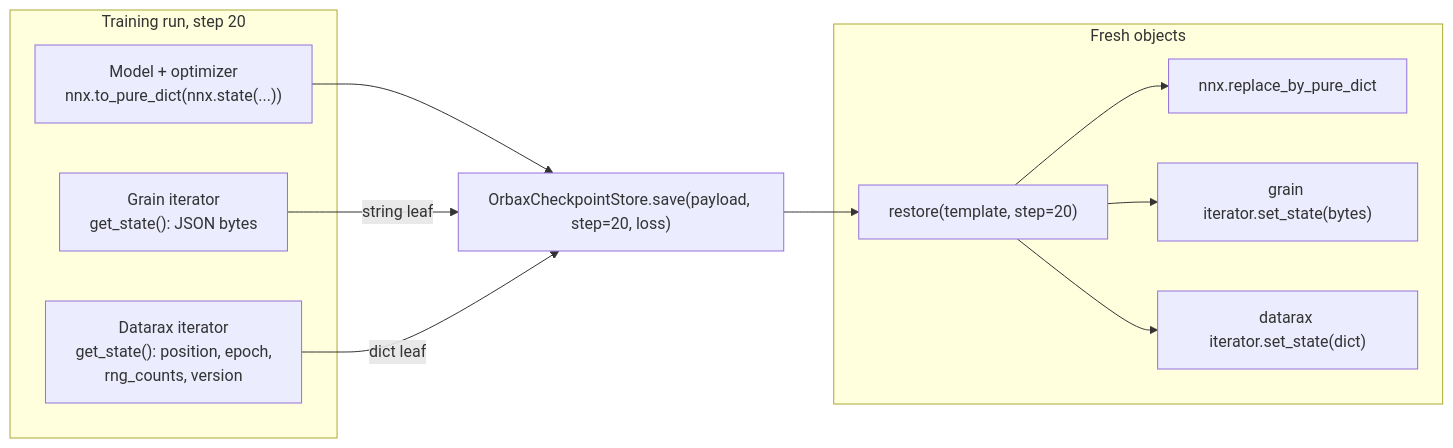
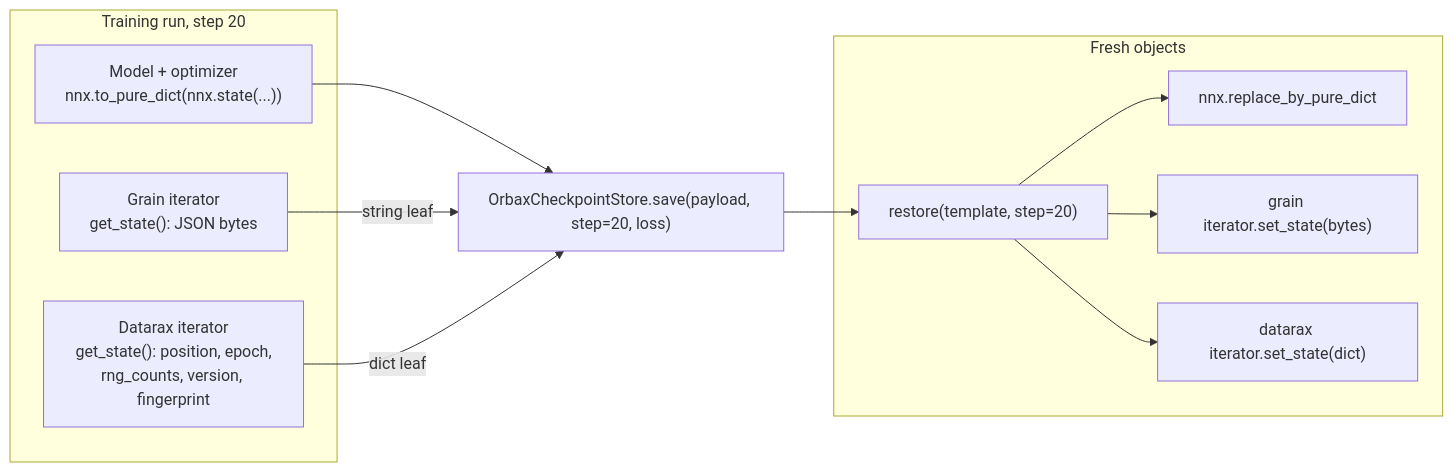
The diagram in docs/examples/comparison/resumed-training-guide.md (avitai/datarax), drawn with Mermaid before and after one commit. The commit also changed other lines of this file and 17 other files, not shown here.

````diff
--- a/docs/examples/comparison/resumed-training-guide.md
+++ b/docs/examples/comparison/resumed-training-guide.md
@@ -189,25 +202,25 @@
 ```mermaid
 flowchart LR
     subgraph Run["Training run, step 20"]
         M["Model + optimizer<br/>nnx.to_pure_dict(nnx.state(...))"]
         GL["Grain iterator<br/>get_state(): JSON bytes"]
-        DL["Datarax iterator<br/>get_state(): position, epoch,<br/>rng_counts, version"]
+        DL["Datarax iterator<br/>get_state(): position, epoch,<br/>rng_counts, version, fingerprint"]
     end
 
     S["OrbaxCheckpointStore.save(payload, step=20, loss)"]
     M --> S
     GL -->|"string leaf"| S
     DL -->|"dict leaf"| S
 
     subgraph Resume["Fresh objects"]
         R["restore(template, step=20)"]
         RM["nnx.replace_by_pure_dict"]
         RG["grain iterator.set_state(bytes)"]
         RD["datarax iterator.set_state(dict)"]
         R --> RM
         R --> RG
         R --> RD
     end
 
     S --> R
 ```
````
